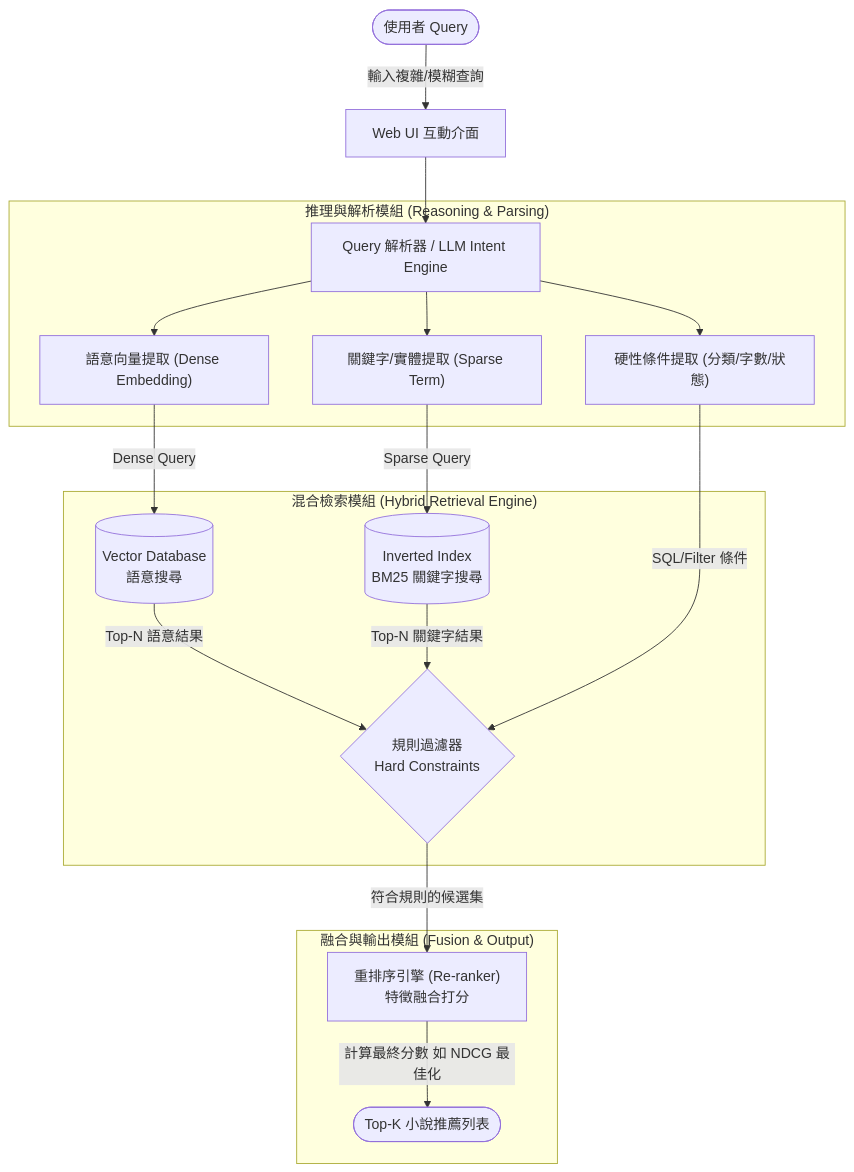
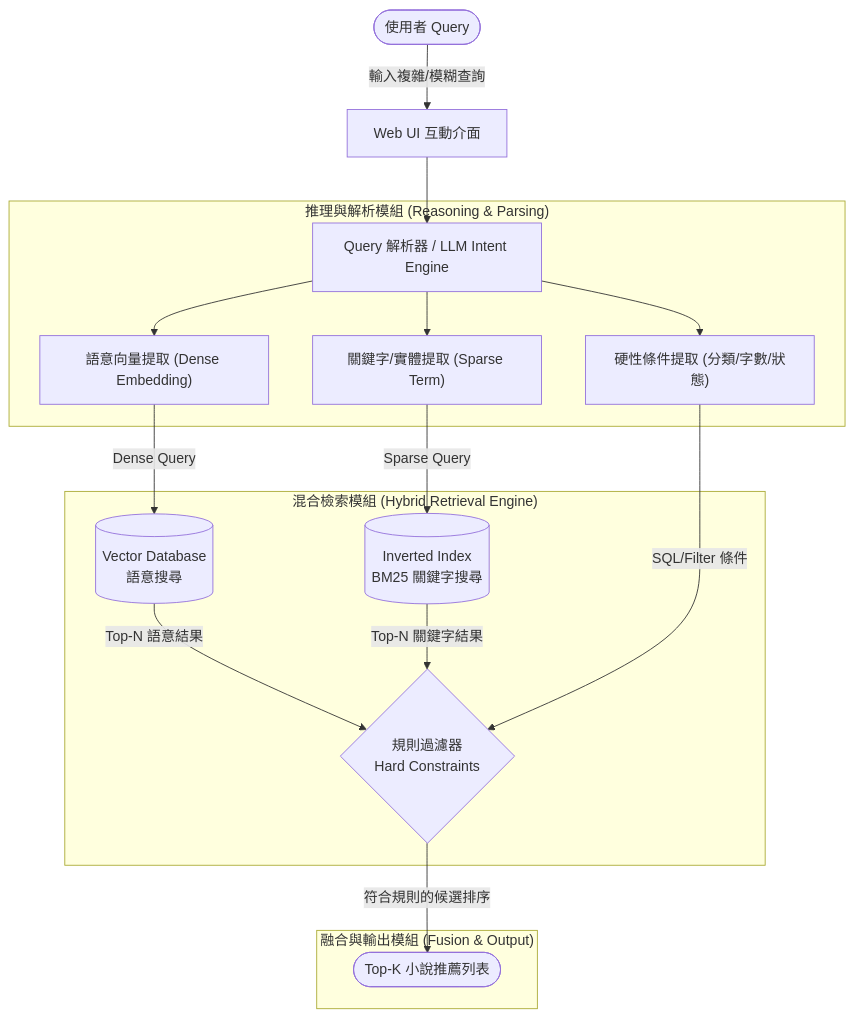
One commit to wangicheng/hybrid-reasoner changed the diagram in docs/architecture.md. Above: the diagram before and after it, drawn with Mermaid. The commit also changed 7 other files, not shown here.

````diff
--- a/docs/architecture.md
+++ b/docs/architecture.md
@@ -3,45 +3,43 @@
 ```mermaid
 graph TD
     %% 節點定義
     User([使用者 Query])
     UI[Web UI 互動介面]
     
     subgraph "推理與解析模組 (Reasoning & Parsing)"
         Parser[Query 解析器 / LLM Intent Engine]
         HardFilter["硬性條件提取 (分類/字數/狀態)"]
         SemanticExtractor["語意向量提取 (Dense Embedding)"]
         KeywordExtractor["關鍵字/實體提取 (Sparse Term)"]
     end
     
     subgraph "混合檢索模組 (Hybrid Retrieval Engine)"
         VectorDB[("Vector Database<br>語意搜尋")]
         TextDB[("Inverted Index<br>BM25 關鍵字搜尋")]
         RuleEngine{規則過濾器<br>Hard Constraints}
     end
     
     subgraph "融合與輸出模組 (Fusion & Output)"
-        Reranker["重排序引擎 (Re-ranker)<br>特徵融合打分"]
         Result([Top-K 小說推薦列表])
     end
 
     %% 資料流向
     User -->|輸入複雜/模糊查詢| UI
     UI --> Parser
     
     Parser --> HardFilter
     Parser --> SemanticExtractor
     Parser --> KeywordExtractor
     
     SemanticExtractor -->|Dense Query| VectorDB
     KeywordExtractor -->|Sparse Query| TextDB
     
     VectorDB -->|Top-N 語意結果| RuleEngine
     TextDB -->|Top-N 關鍵字結果| RuleEngine
     HardFilter -->|SQL/Filter 條件| RuleEngine
     
-    RuleEngine -->|符合規則的候選集| Reranker
-    Reranker -->|計算最終分數 如 NDCG 最佳化| Result
+    RuleEngine -->|符合規則的候選排序| Result
     
-    class Parser,Reranker highlight;
+    class Parser highlight;
     class VectorDB,TextDB database;
 ```
````
